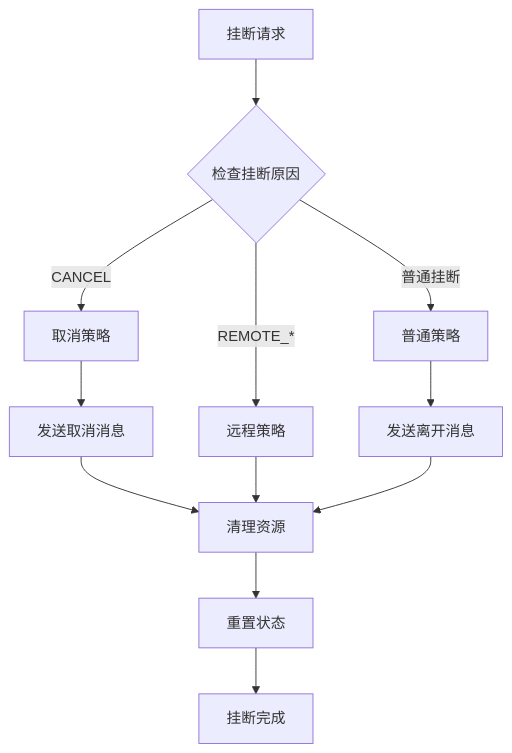
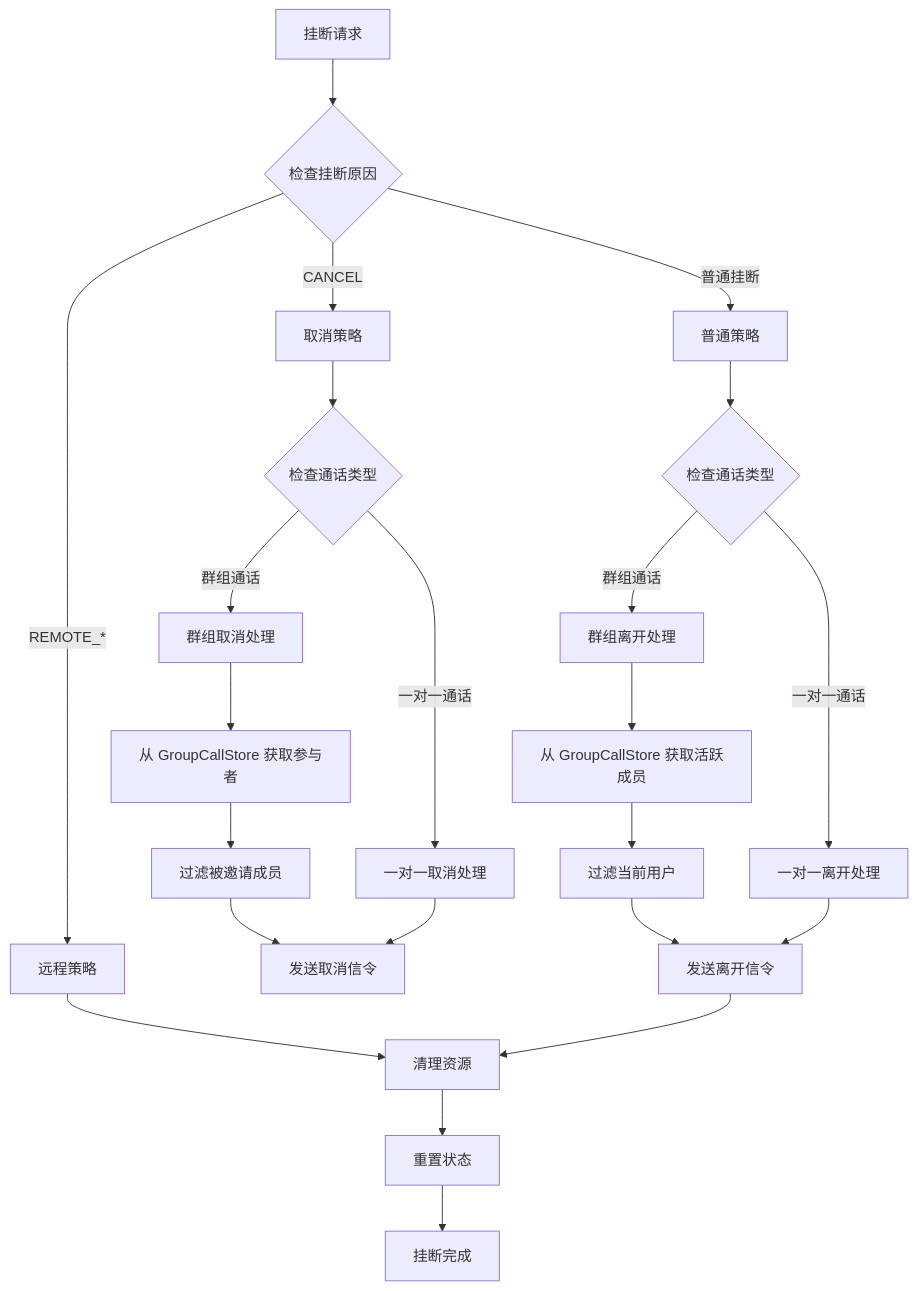
Before and after one commit to Easemob-Community/easemob-uikit-callkit-vue3: the sixth of 8 diagrams in .qoder/repowiki/zh/content/API 参考/服务层 API/CallService 通话服务.md, drawn with Mermaid. The commit also changed other lines of this file and 54 other files, not shown here.

````diff
--- a/.qoder/repowiki/zh/content/API 参考/服务层 API/CallService 通话服务.md
+++ b/.qoder/repowiki/zh/content/API 参考/服务层 API/CallService 通话服务.md
@@ -260,14 +291,25 @@
 ```mermaid
 flowchart TD
 Hangup[挂断请求] --> CheckReason{检查挂断原因}
 CheckReason --> |CANCEL| CancelStrategy[取消策略]
 CheckReason --> |REMOTE_*| RemoteStrategy[远程策略]
 CheckReason --> |普通挂断| NormalStrategy[普通策略]
-CancelStrategy --> SendCancelMessage[发送取消消息]
-SendCancelMessage --> CleanupResources[清理资源]
-RemoteStrategy --> CleanupResources
-NormalStrategy --> SendLeaveMessage[发送离开消息]
-SendLeaveMessage --> CleanupResources
+CancelStrategy --> CheckCallType{检查通话类型}
+CheckCallType --> |群组通话| GroupCancel[群组取消处理]
+CheckCallType --> |一对一通话| SingleCancel[一对一取消处理]
+GroupCancel --> GetParticipants[从 GroupCallStore 获取参与者]
+GetParticipants --> FilterInvited[过滤被邀请成员]
+FilterInvited --> SendCancelSignal[发送取消信令]
+SingleCancel --> SendCancelSignal
+RemoteStrategy --> CleanupResources[清理资源]
+NormalStrategy --> CheckCallType2{检查通话类型}
+CheckCallType2 --> |群组通话| GroupLeave[群组离开处理]
+CheckCallType2 --> |一对一通话| SingleLeave[一对一离开处理]
+GroupLeave --> GetActiveMembers[从 GroupCallStore 获取活跃成员]
+GetActiveMembers --> FilterCurrent[过滤当前用户]
+FilterCurrent --> SendLeaveSignal[发送离开信令]
+SingleLeave --> SendLeaveSignal
+SendLeaveSignal --> CleanupResources
 CleanupResources --> ResetState[重置状态]
 ResetState --> End[挂断完成]
 ```
````
